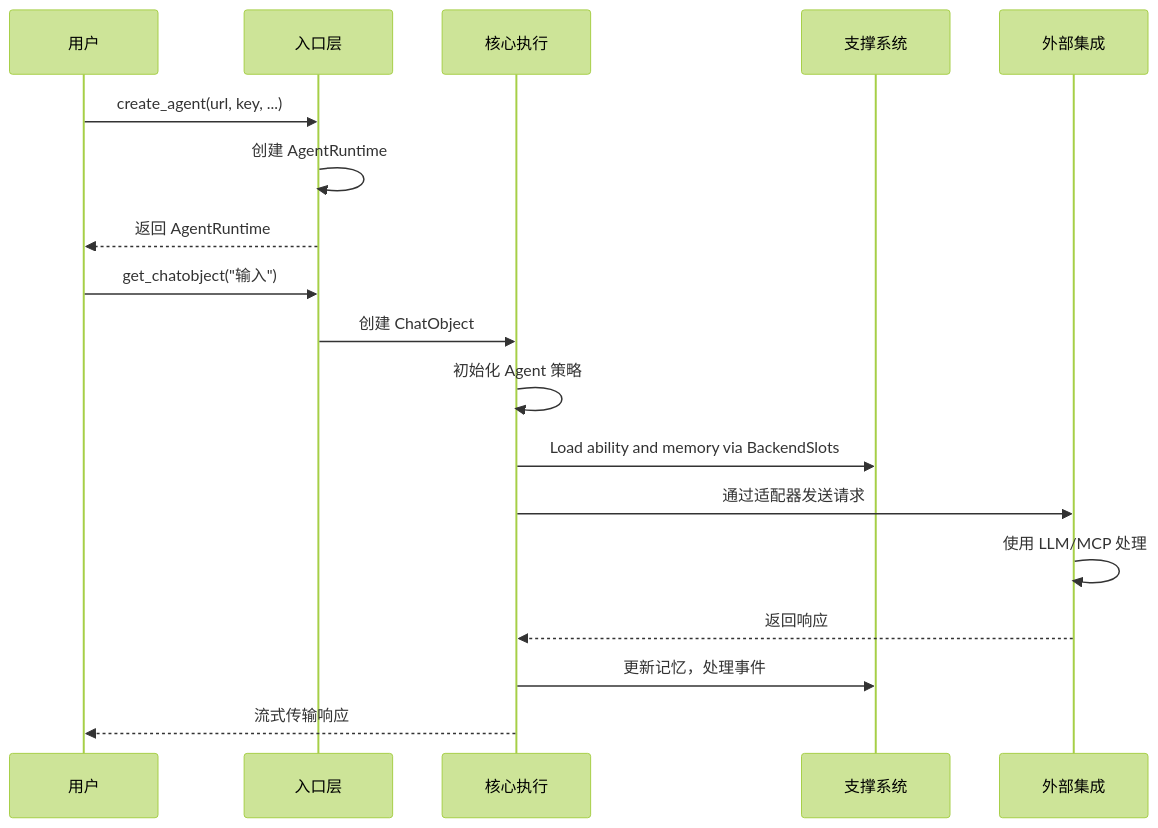
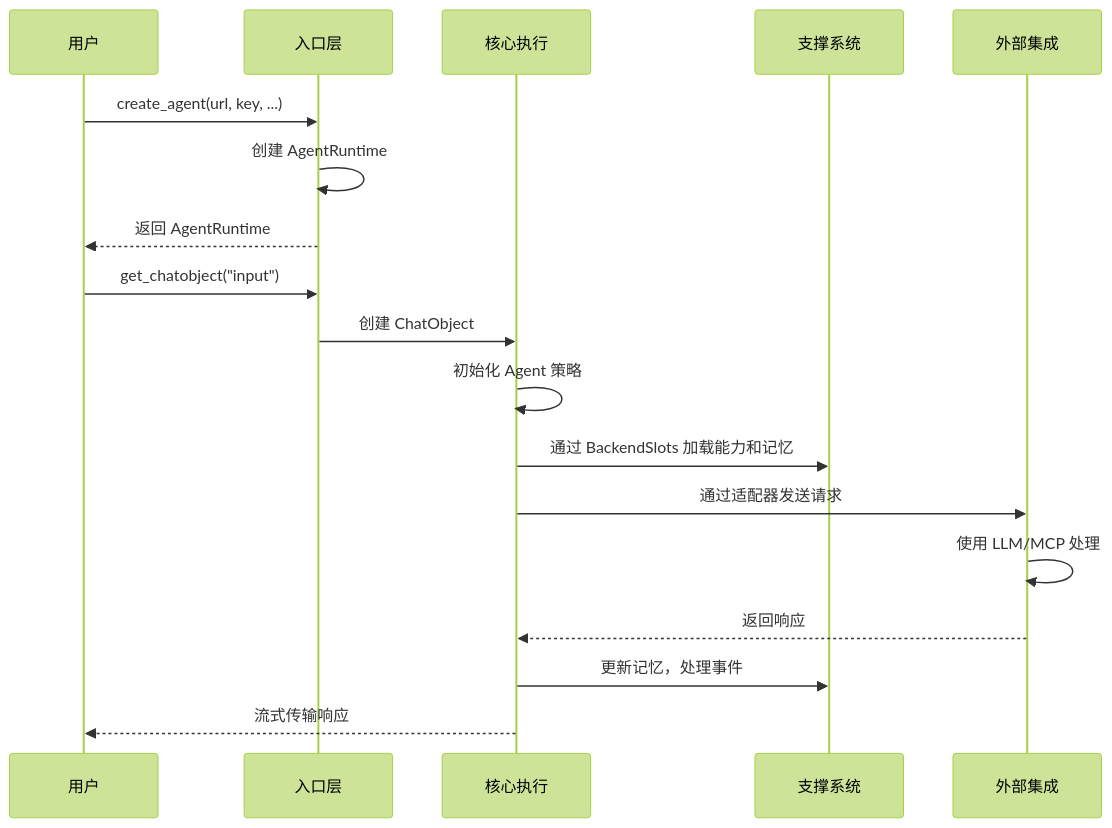
Before and after one commit to AmritaBot/AmritaCore: the fifth of 5 diagrams in docs/docs/zh/guide/getting-started/architecture.md, drawn with Mermaid (forest theme). The commit also changed other lines of this file and 160 other files, not shown here.

````diff
--- a/docs/docs/zh/guide/getting-started/architecture.md
+++ b/docs/docs/zh/guide/getting-started/architecture.md
@@ -207,22 +207,22 @@
 ```mermaid
 sequenceDiagram
     participant User as 用户
     participant Entry as 入口层
     participant Core as 核心执行
     participant Support as 支撑系统
     participant External as 外部集成
 
     User->>Entry: create_agent(url, key, ...)
     Entry->>Entry: 创建 AgentRuntime
     Entry-->>User: 返回 AgentRuntime
 
-    User->>Entry: get_chatobject("输入")
+    User->>Entry: get_chatobject("input")
     Entry->>Core: 创建 ChatObject
     Core->>Core: 初始化 Agent 策略
-    Core->>Support: Load ability and memory via BackendSlots
+    Core->>Support: 通过 BackendSlots 加载能力和记忆
     Core->>External: 通过适配器发送请求
     External->>External: 使用 LLM/MCP 处理
     External-->>Core: 返回响应
     Core->>Support: 更新记忆，处理事件
     Core-->>User: 流式传输响应
 ```
````
